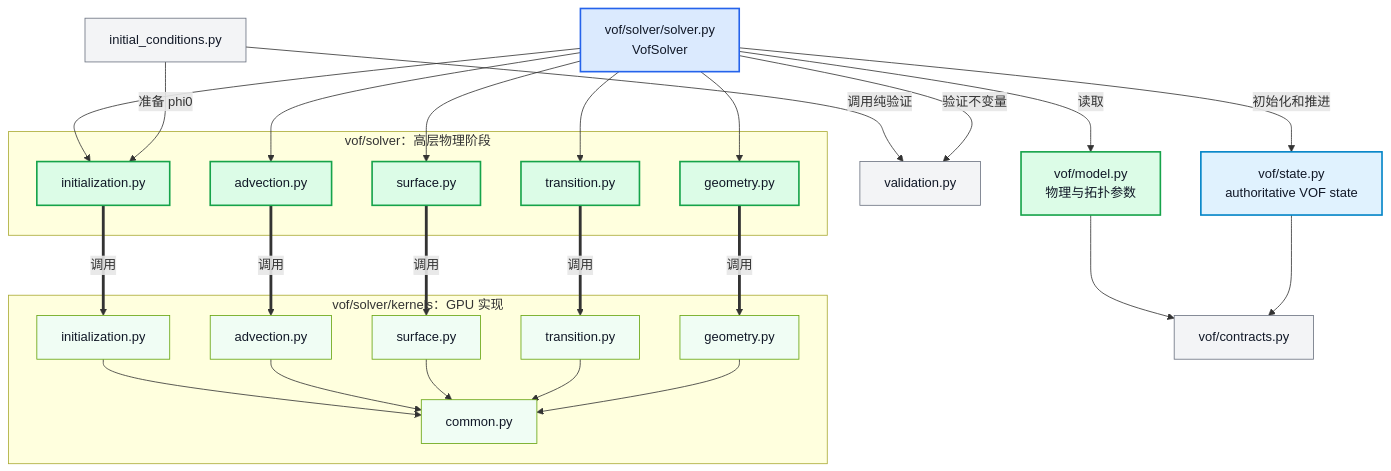
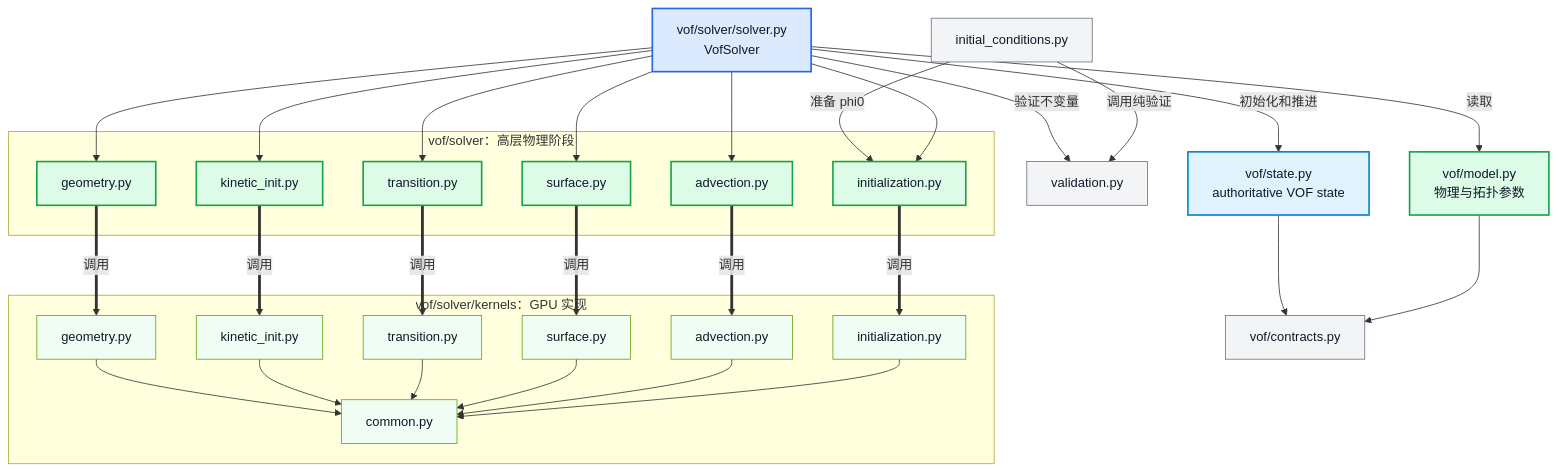
The third of 5 diagrams in docs/wanphys/lbm/lbm-vof-refactor-final-architecture.md (Cavibot/LBM-Fluid-Structure-Interaction), drawn with Mermaid before and after one commit. The commit also changed other lines of this file and 46 other files, not shown here.

````diff
--- a/docs/wanphys/lbm/lbm-vof-refactor-final-architecture.md
+++ b/docs/wanphys/lbm/lbm-vof-refactor-final-architecture.md
@@ -238,58 +238,63 @@
 ```mermaid
 flowchart TD
     VSOLVER["vof/solver/solver.py<br/>VofSolver"]:::api
     VMODEL["vof/model.py<br/>物理与拓扑参数"]:::vof
     VSTATE["vof/state.py<br/>authoritative VOF state"]:::data
     CONTRACTS["vof/contracts.py"]:::support
     IC["initial_conditions.py"]:::support
     VALID["validation.py"]:::support
 
     subgraph STAGES["vof/solver：高层物理阶段"]
         INIT["initialization.py"]:::vof
         ADV["advection.py"]:::vof
         SURFACE["surface.py"]:::vof
         TRANSITION["transition.py"]:::vof
+        KINETIC["kinetic_init.py"]:::vof
         GEOMETRY["geometry.py"]:::vof
     end
 
     subgraph VKERNELS["vof/solver/kernels：GPU 实现"]
         KCOMMON["common.py"]:::vofkernel
         KINIT["initialization.py"]:::vofkernel
         KADV["advection.py"]:::vofkernel
         KSURFACE["surface.py"]:::vofkernel
         KTRANSITION["transition.py"]:::vofkernel
+        KKINETIC["kinetic_init.py"]:::vofkernel
         KGEOMETRY["geometry.py"]:::vofkernel
     end
 
     VSOLVER -->|读取| VMODEL
     VSOLVER -->|初始化和推进| VSTATE
     VSOLVER --> INIT
     VSOLVER --> ADV
     VSOLVER --> SURFACE
     VSOLVER --> TRANSITION
+    VSOLVER --> KINETIC
     VSOLVER --> GEOMETRY
 
     IC -->|准备 phi0| INIT
     IC -->|调用纯验证| VALID
     VSOLVER -->|验证不变量| VALID
     VMODEL --> CONTRACTS
     VSTATE --> CONTRACTS
 
     INIT ==>|调用| KINIT
     ADV ==>|调用| KADV
     SURFACE ==>|调用| KSURFACE
     TRANSITION ==>|调用| KTRANSITION
+    KINETIC ==>|调用| KKINETIC
     GEOMETRY ==>|调用| KGEOMETRY
 
     KINIT --> KCOMMON
     KADV --> KCOMMON
     KSURFACE --> KCOMMON
     KTRANSITION --> KCOMMON
+    KKINETIC --> KCOMMON
     KGEOMETRY --> KCOMMON
 
     classDef api fill:#dbeafe,stroke:#2563eb,stroke-width:2px,color:#111827
     classDef vof fill:#dcfce7,stroke:#16a34a,stroke-width:2px,color:#111827
     classDef vofkernel fill:#f0fdf4,stroke:#65a30d,color:#111827
     classDef data fill:#e0f2fe,stroke:#0284c7,stroke-width:2px,color:#111827
     classDef support fill:#f3f4f6,stroke:#6b7280,color:#111827
 ```
````
